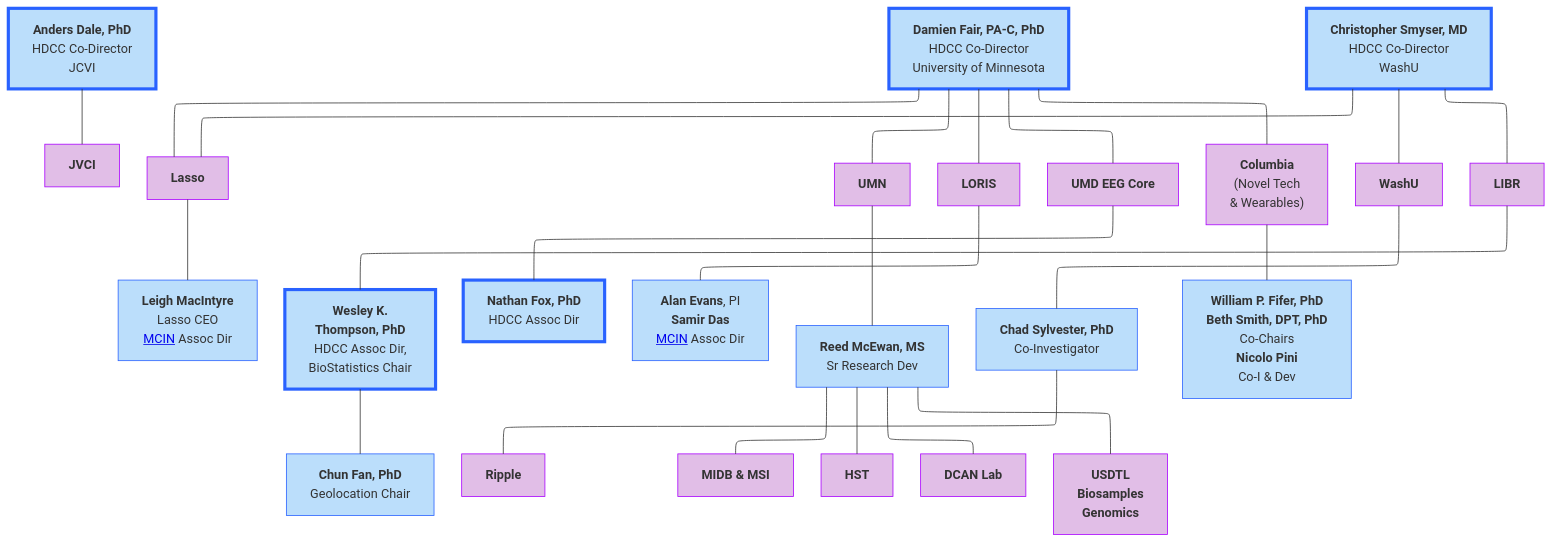
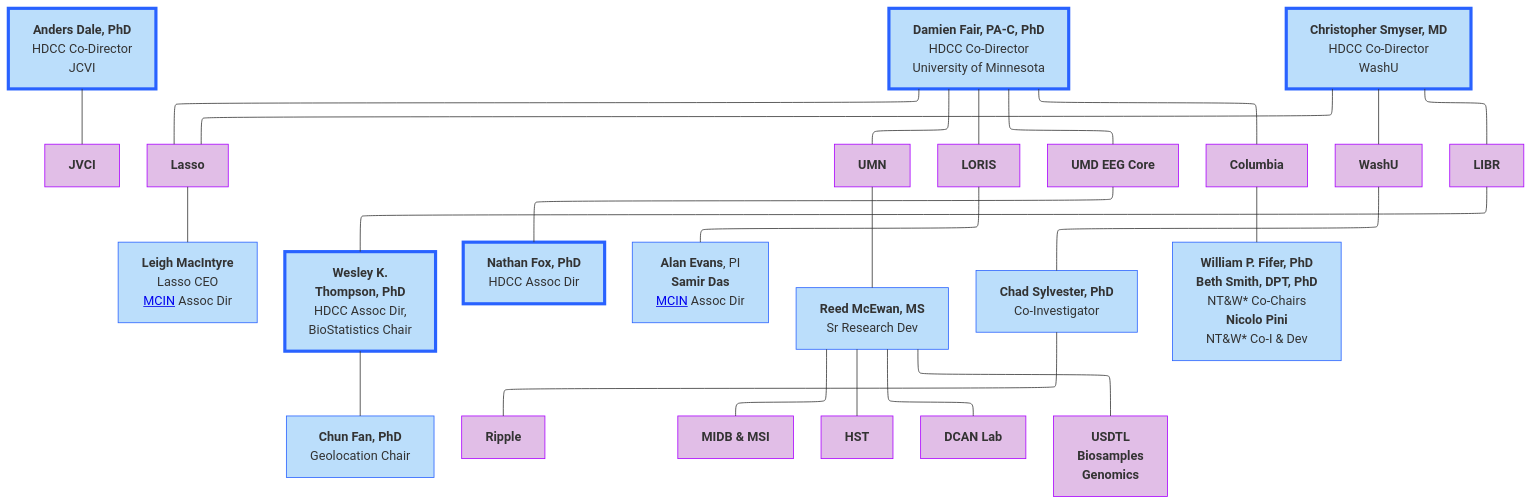
One commit to DCAN-Labs/hbcd-docs-internal changed the first of 10 diagrams in docs/orgcharts.md. Above: the diagram before and after it, drawn with Mermaid. The commit also changed other lines of this file, not shown here.

Commit message:
abbreviate novel tech

````diff
--- a/docs/orgcharts.md
+++ b/docs/orgcharts.md
@@ -12,52 +12,52 @@
 ```mermaid
 ---
 config:
   layout: elk
 ---
 flowchart TB
     n2["<b>Anders Dale, PhD<br></b>HDCC Co-Director<br>JCVI"] --- jvci["<b>JVCI</b>"]
-    E["<b>Damien Fair, PA-C, PhD</b><br>HDCC Co-Director<br>University of Minnesota"] --- lasso["<b>Lasso</b>"] & umn["<b>UMN</b>"] & n7["<b>LORIS</b>"] & n8["<b>UMD EEG Core</b>"] & n11["<b>Columbia</b><br>(Novel Tech<br>&amp; Wearables)"]
+    E["<b>Damien Fair, PA-C, PhD</b><br>HDCC Co-Director<br>University of Minnesota"] --- lasso["<b>Lasso</b>"] & umn["<b>UMN</b>"] & n7["<b>LORIS</b>"] & n8["<b>UMD EEG Core</b>"] & n11["<b>Columbia</b>"]
     lasso --- lasso1["<b>Leigh MacIntyre</b><br>Lasso CEO<br><a href="https://mcin.ca/about-mcin/" target="_blank">MCIN</a> Assoc Dir"]
     n1["<b>Christopher Smyser, MD<br></b>HDCC Co-Director<br>WashU"] --- n10["<b>WashU</b><br>"] & n12["<b>LIBR</b>"] & lasso
     n16["<b>Wesley K.<br>Thompson, PhD</b><br>HDCC Assoc Dir,<br>BioStatistics Chair"] --- n17["<b>Chun Fan, PhD</b><br>Geolocation Chair"]
     n12 --- n16
     n8 --- n19["<b>Nathan Fox, PhD<br></b>HDCC Assoc Dir"]
     n7 --- n20["<b>Alan Evans</b>, PI<br><b>Samir Das</b><br><a href="https://mcin.ca/about-mcin/" target="_blank">MCIN</a> Assoc Dir"]
     umn --- reed["<b>Reed McEwan, MS</b><br>Sr Research Dev"]
     n10 --- n22["<b>Chad Sylvester, PhD</b><br>Co-Investigator"]
     n22 --- n24["<b>Ripple</b>"]
-    n11 --- n18["<b>William P. Fifer, PhD</b><br><b>Beth Smith, DPT, PhD</b><br>Co-Chairs<br><b>Nicolo Pini<br></b>Co-I &amp; Dev"]
+    n11 --- n18["<b>William P. Fifer, PhD</b><br><b>Beth Smith, DPT, PhD</b><br>NT&W* Co-Chairs<br><b>Nicolo Pini<br></b>NT&W* Co-I &amp; Dev"]
     reed --- n25["<b>MIDB &amp; MSI</b>"] & n27["<b>HST</b>"] & n28["<b>DCAN Lab</b>"] & n29["<b>USDTL<br>Biosamples<br>Genomics</b>"]
     style n2 fill:#BBDEFB,stroke:#2962FF,stroke-width:4px
     style jvci fill:#E1BEE7,stroke:#AA00FF
     style E fill:#BBDEFB,stroke:#2962FF,stroke-width:4px
     style lasso fill:#E1BEE7,stroke:#AA00FF
     style umn fill:#E1BEE7,stroke:#AA00FF
     style n7 fill:#E1BEE7,stroke:#AA00FF
     style n8 fill:#E1BEE7,stroke:#AA00FF
     style n11 fill:#E1BEE7,stroke:#AA00FF
     style lasso1 fill:#BBDEFB,stroke:#2962FF
     style n1 fill:#BBDEFB,stroke:#2962FF,stroke-width:4px
     style n10 fill:#E1BEE7,stroke:#AA00FF
     style n12 fill:#E1BEE7,stroke:#AA00FF
     style n16 fill:#BBDEFB,stroke:#2962FF,stroke-width:4px
     style n17 fill:#BBDEFB,stroke:#2962FF
     style n19 fill:#BBDEFB,stroke:#2962FF,stroke-width:4px
     style n20 fill:#BBDEFB,stroke:#2962FF
     style reed fill:#BBDEFB,stroke:#2962FF
     style n22 fill:#BBDEFB,stroke:#2962FF
     style n24 fill:#E1BEE7,stroke:#AA00FF
     style n18 fill:#BBDEFB,stroke:#2962FF
     style n25 fill:#E1BEE7,stroke:#AA00FF
     style n27 fill:#E1BEE7,stroke:#AA00FF
     style n28 fill:#E1BEE7,stroke:#AA00FF
     style n29 fill:#E1BEE7,stroke:#AA00FF
     click jvci "#j-craig-venter-institute"
     click lasso "#lasso"
     click umn "#university-of-minnesota"
     click n7 "#loris"
     click n8 "#umd-eeg-core"
     click n10 "#washu"
     click n25 "#midb-informatics-hub-msi"
     click n27 "#health-sciences-technology"
 ```
````
